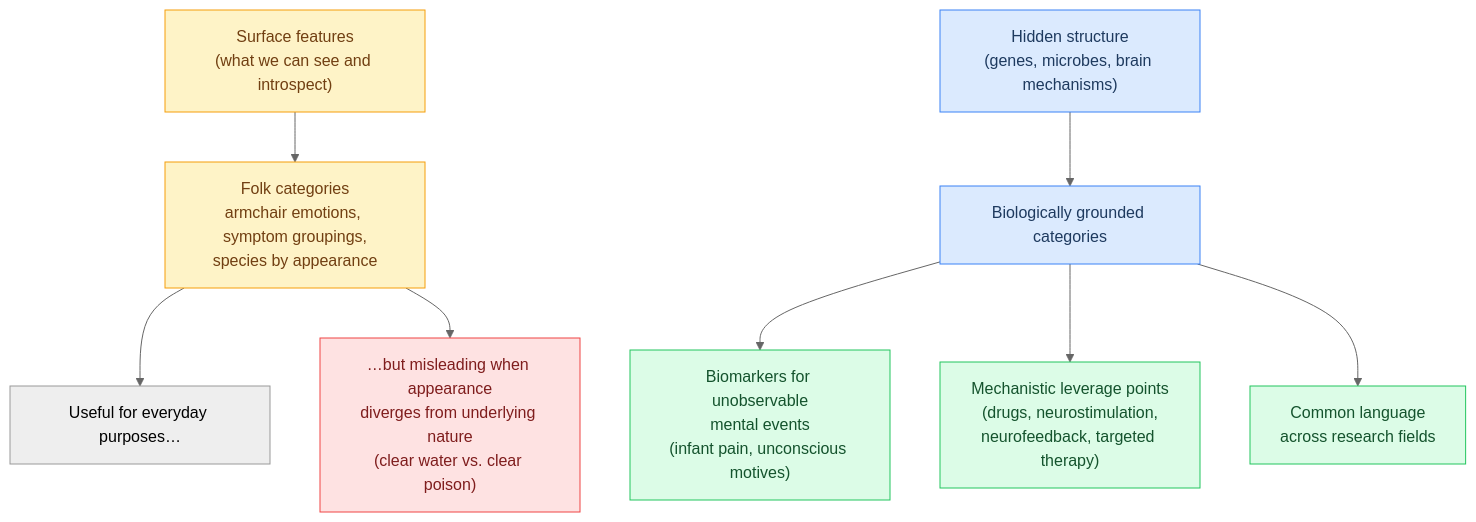
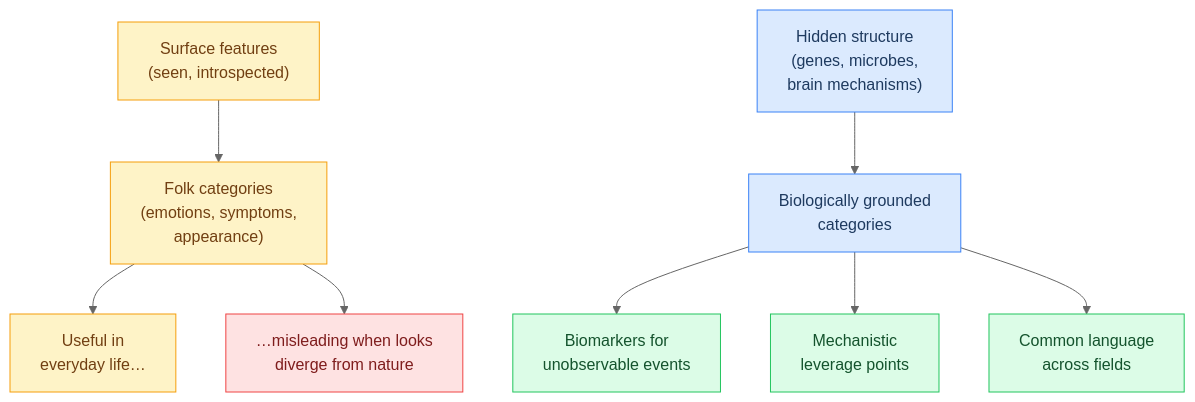
Before and after one commit to torwager/elements-of-fmri-tutorials: the third of 6 diagrams in part1/ch02-mechanisms-and-concepts-brain-and.md, drawn with Mermaid (neutral theme). The commit also changed other lines of this file and 64 other files, not shown here.

First line of the commit message:
Polish batch A (ch 1-21): equation where-lines + hover tooltips, verbose comments, example outputs, resource links, figure rights + fixes, mermaid cleanup

````diff
--- a/part1/ch02-mechanisms-and-concepts-brain-and.md
+++ b/part1/ch02-mechanisms-and-concepts-brain-and.md
@@ -62,18 +68,19 @@
 ```{mermaid}
 flowchart TD
-    S["Surface features<br/>(what we can see and introspect)"] --> FC["Folk categories<br/>armchair emotions, symptom groupings,<br/>species by appearance"]
-    FC --> OK["Useful for everyday purposes…"]
-    FC --> BAD["…but misleading when appearance<br/>diverges from underlying nature<br/>(clear water vs. clear poison)"]
-    H["Hidden structure<br/>(genes, microbes, brain mechanisms)"] --> BC["Biologically grounded categories"]
-    BC --> Y1["Biomarkers for unobservable<br/>mental events<br/>(infant pain, unconscious motives)"]
-    BC --> Y2["Mechanistic leverage points<br/>(drugs, neurostimulation,<br/>neurofeedback, targeted therapy)"]
-    BC --> Y3["Common language<br/>across research fields"]
+    S["Surface features<br/>(seen, introspected)"] --> FC["Folk categories<br/>(emotions, symptoms,<br/>appearance)"]
+    FC --> OK["Useful in<br/>everyday life…"]
+    FC --> BAD["…misleading when looks<br/>diverge from nature"]
+    H["Hidden structure<br/>(genes, microbes,<br/>brain mechanisms)"] --> BC["Biologically grounded<br/>categories"]
+    BC --> Y1["Biomarkers for<br/>unobservable events"]
+    BC --> Y2["Mechanistic<br/>leverage points"]
+    BC --> Y3["Common language<br/>across fields"]
     style S fill:#fef3c7,stroke:#f59e0b,color:#713f12
     style FC fill:#fef3c7,stroke:#f59e0b,color:#713f12
+    style OK fill:#fef3c7,stroke:#f59e0b,color:#713f12
     style BAD fill:#fee2e2,stroke:#ef4444,color:#7f1d1d
     style H fill:#dbeafe,stroke:#3b82f6,color:#1e3a5f
     style BC fill:#dbeafe,stroke:#3b82f6,color:#1e3a5f
     style Y1 fill:#dcfce7,stroke:#22c55e,color:#14532d
     style Y2 fill:#dcfce7,stroke:#22c55e,color:#14532d
     style Y3 fill:#dcfce7,stroke:#22c55e,color:#14532d
 ```
````
